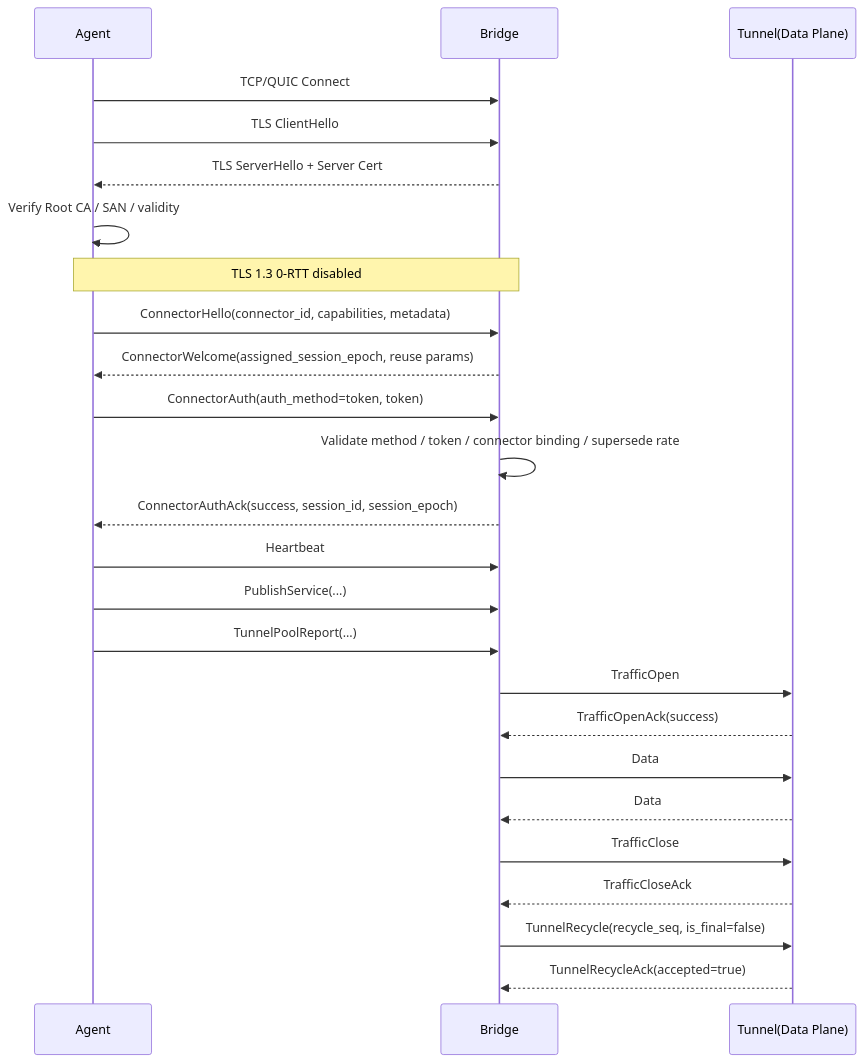
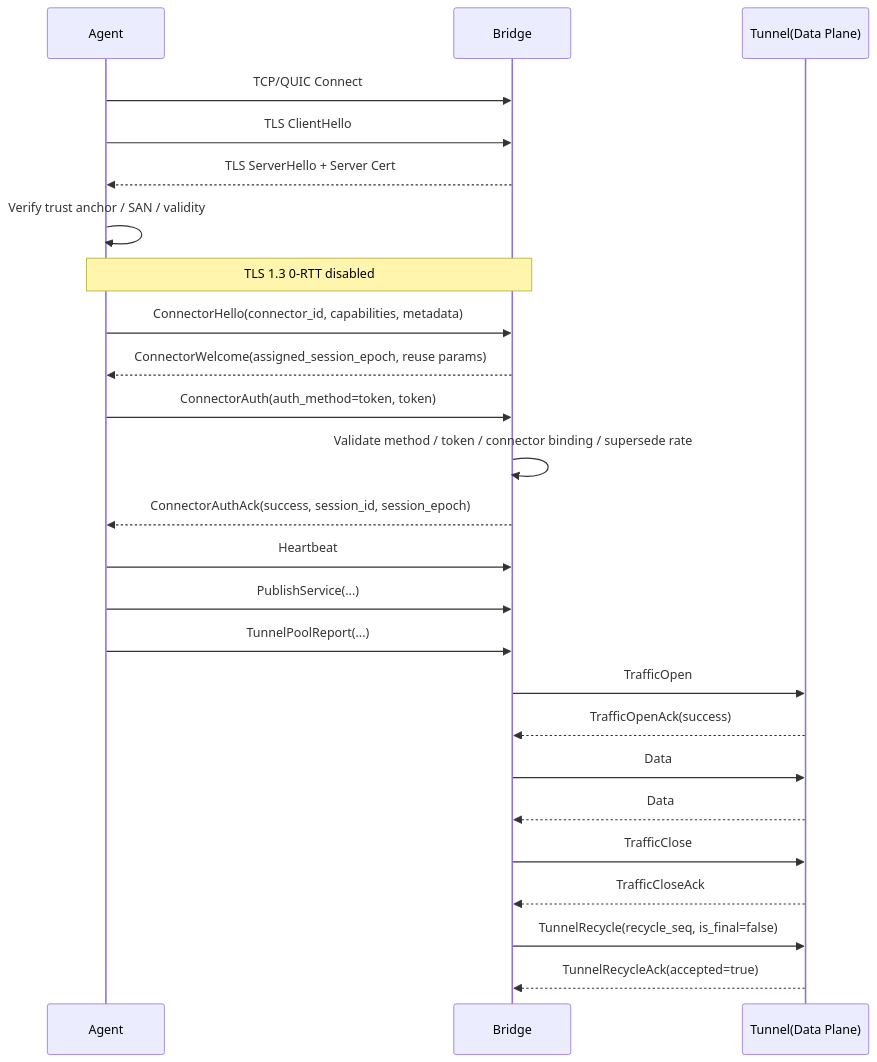
The diagram in docs/Agent‑BridgeSecurityArchitectureAndAuthDesign.md (lifei6671/devbridge-loop), drawn with Mermaid before and after one commit. The commit also changed other lines of this file and 45 other files, not shown here.

````diff
--- a/docs/Agent‑BridgeSecurityArchitectureAndAuthDesign.md
+++ b/docs/Agent‑BridgeSecurityArchitectureAndAuthDesign.md
@@ -716,31 +827,31 @@
 ```mermaid
 sequenceDiagram
     participant A as Agent
     participant B as Bridge
     participant T as Tunnel(Data Plane)
 
     A->>B: TCP/QUIC Connect
     A->>B: TLS ClientHello
     B-->>A: TLS ServerHello + Server Cert
-    A->>A: Verify Root CA / SAN / validity
+    A->>A: Verify trust anchor / SAN / validity
     Note over A,B: TLS 1.3 0-RTT disabled
 
     A->>B: ConnectorHello(connector_id, capabilities, metadata)
     B-->>A: ConnectorWelcome(assigned_session_epoch, reuse params)
     A->>B: ConnectorAuth(auth_method=token, token)
     B->>B: Validate method / token / connector binding / supersede rate
     B-->>A: ConnectorAuthAck(success, session_id, session_epoch)
 
     A->>B: Heartbeat
     A->>B: PublishService(...)
     A->>B: TunnelPoolReport(...)
 
     B->>T: TrafficOpen
     T-->>B: TrafficOpenAck(success)
     B->>T: Data
     T-->>B: Data
     B->>T: TrafficClose
     T-->>B: TrafficCloseAck
     B->>T: TunnelRecycle(recycle_seq, is_final=false)
     T-->>B: TunnelRecycleAck(accepted=true)
 ```
````
